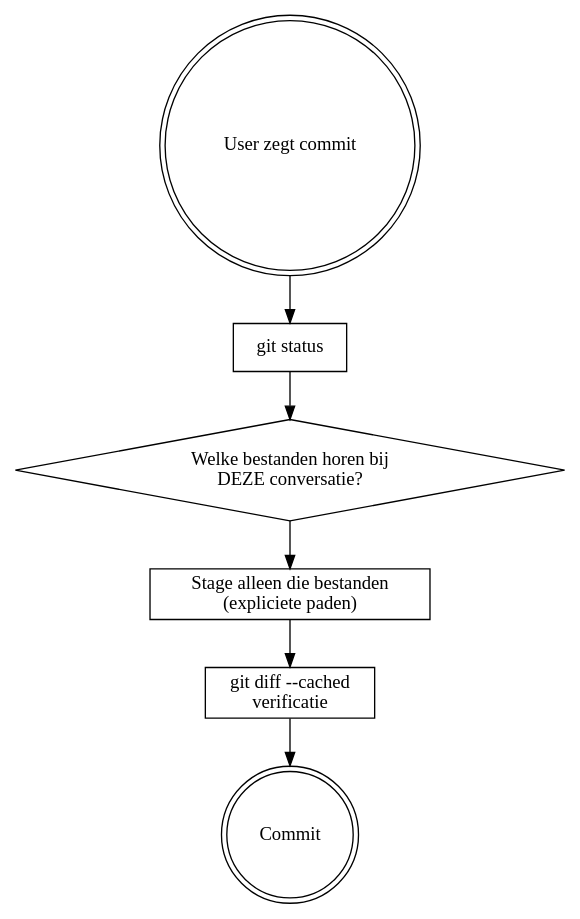
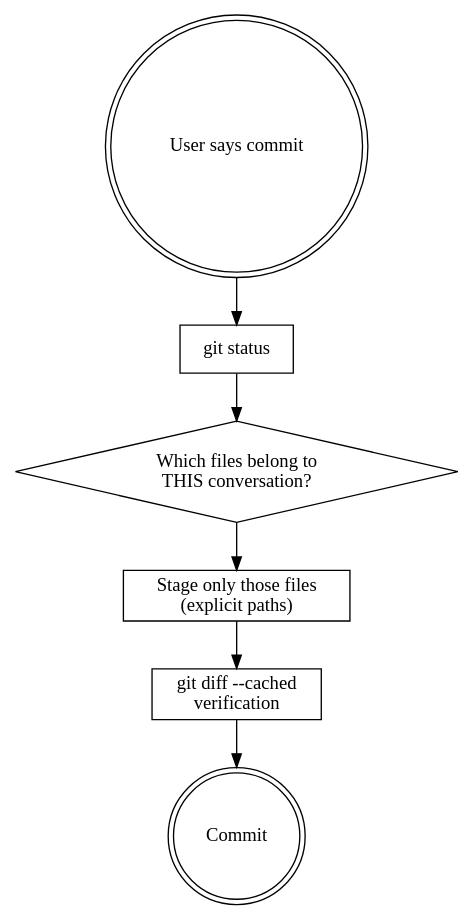
Before and after one commit to epologee/leclause-skills: the diagram in packages/gitgit/skills/commit-snipe/SKILL.md, drawn with Graphviz. The commit also changed other lines of this file and 11 other files, not shown here.

````diff
--- a/packages/gitgit/skills/commit-snipe/SKILL.md
+++ b/packages/gitgit/skills/commit-snipe/SKILL.md
@@ -19,16 +19,16 @@
 ```dot
 digraph snipe {
-  "User zegt commit" [shape=doublecircle];
+  "User says commit" [shape=doublecircle];
   "git status" [shape=box];
-  "Welke bestanden horen bij\nDEZE conversatie?" [shape=diamond];
-  "Stage alleen die bestanden\n(expliciete paden)" [shape=box];
-  "git diff --cached\nverificatie" [shape=box];
+  "Which files belong to\nTHIS conversation?" [shape=diamond];
+  "Stage only those files\n(explicit paths)" [shape=box];
+  "git diff --cached\nverification" [shape=box];
   "Commit" [shape=doublecircle];
 
-  "User zegt commit" -> "git status";
-  "git status" -> "Welke bestanden horen bij\nDEZE conversatie?";
-  "Welke bestanden horen bij\nDEZE conversatie?" -> "Stage alleen die bestanden\n(expliciete paden)";
-  "Stage alleen die bestanden\n(expliciete paden)" -> "git diff --cached\nverificatie";
-  "git diff --cached\nverificatie" -> "Commit";
+  "User says commit" -> "git status";
+  "git status" -> "Which files belong to\nTHIS conversation?";
+  "Which files belong to\nTHIS conversation?" -> "Stage only those files\n(explicit paths)";
+  "Stage only those files\n(explicit paths)" -> "git diff --cached\nverification";
+  "git diff --cached\nverification" -> "Commit";
 }
 ```
````
